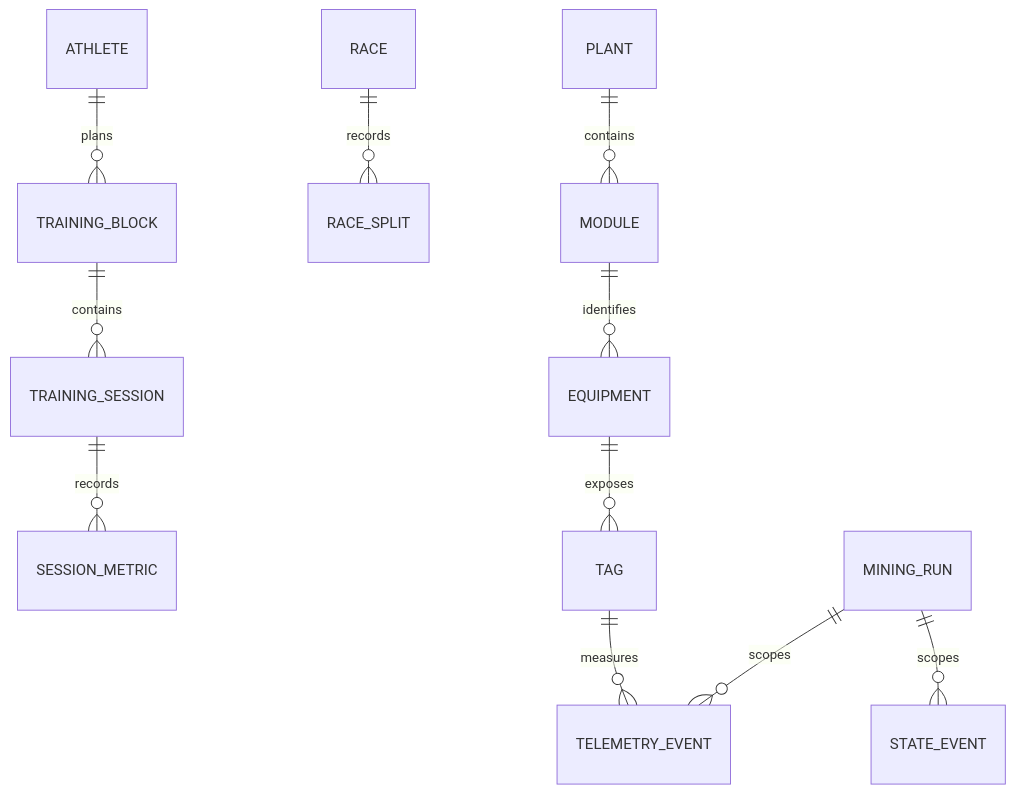
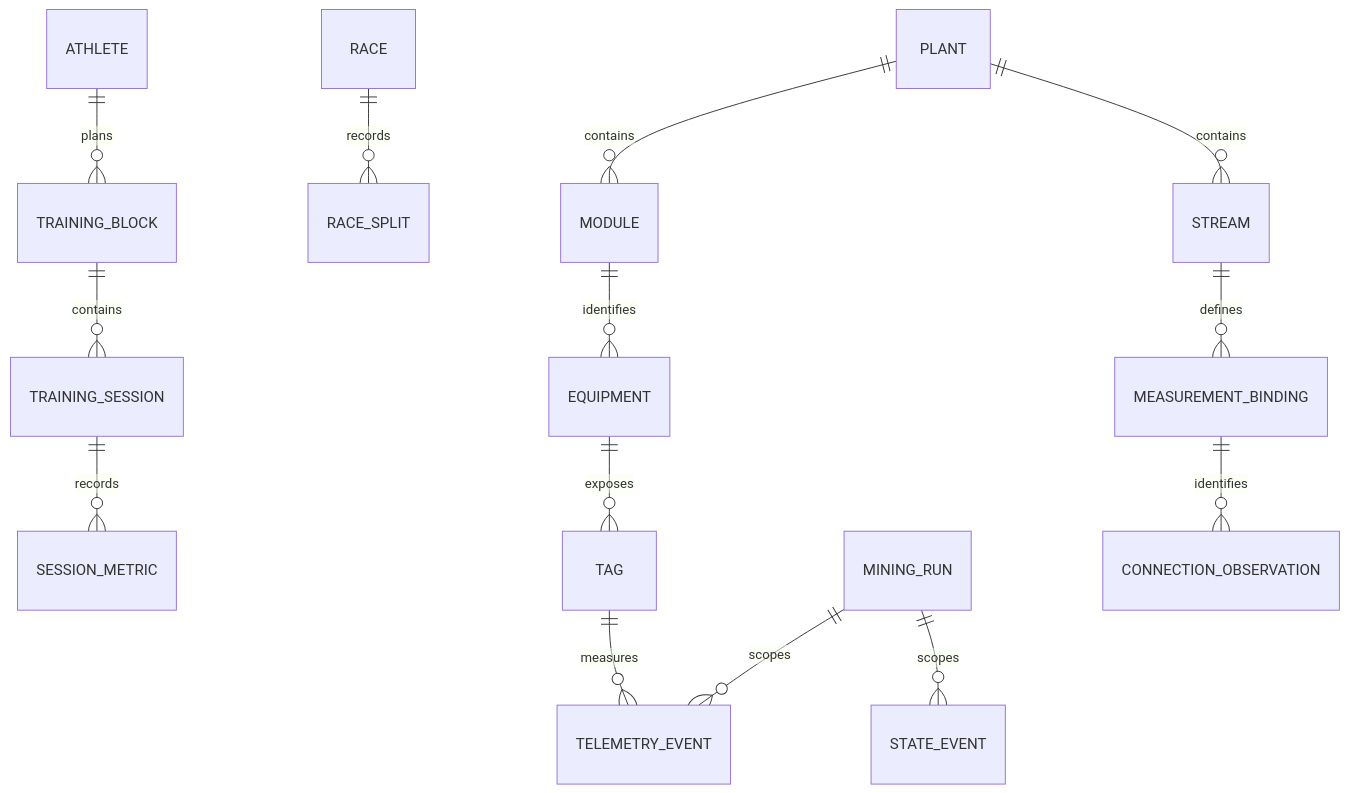
The fifth of 5 diagrams in docs/architect.md (ribumann/fabrictritwin), drawn with Mermaid before and after one commit. The commit also changed other lines of this file and 10 other files, not shown here.

Commit message:
Clarify mining demo and document live data flow

````diff
--- a/docs/architect.md
+++ b/docs/architect.md
@@ -126,13 +135,16 @@
 ```mermaid
 erDiagram
   ATHLETE ||--o{ TRAINING_BLOCK : plans
   TRAINING_BLOCK ||--o{ TRAINING_SESSION : contains
   TRAINING_SESSION ||--o{ SESSION_METRIC : records
   RACE ||--o{ RACE_SPLIT : records
   PLANT ||--o{ MODULE : contains
   MODULE ||--o{ EQUIPMENT : identifies
   EQUIPMENT ||--o{ TAG : exposes
   MINING_RUN ||--o{ TELEMETRY_EVENT : scopes
   TAG ||--o{ TELEMETRY_EVENT : measures
   MINING_RUN ||--o{ STATE_EVENT : scopes
+  PLANT ||--o{ STREAM : contains
+  STREAM ||--o{ MEASUREMENT_BINDING : defines
+  MEASUREMENT_BINDING ||--o{ CONNECTION_OBSERVATION : identifies
 ```
````
